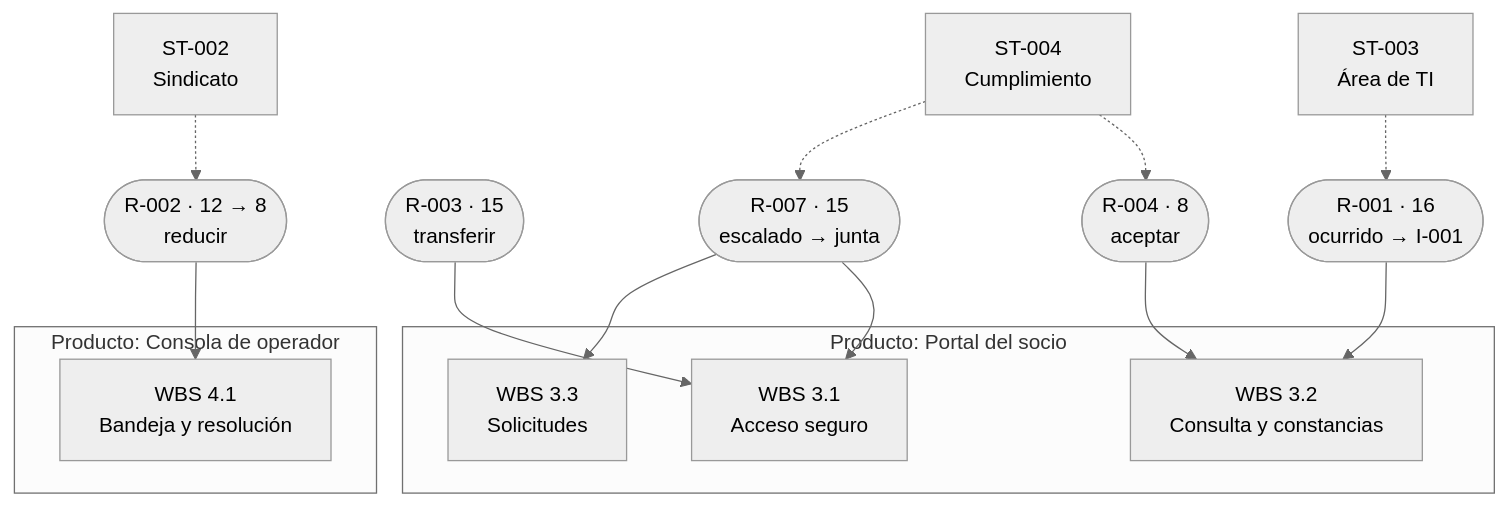
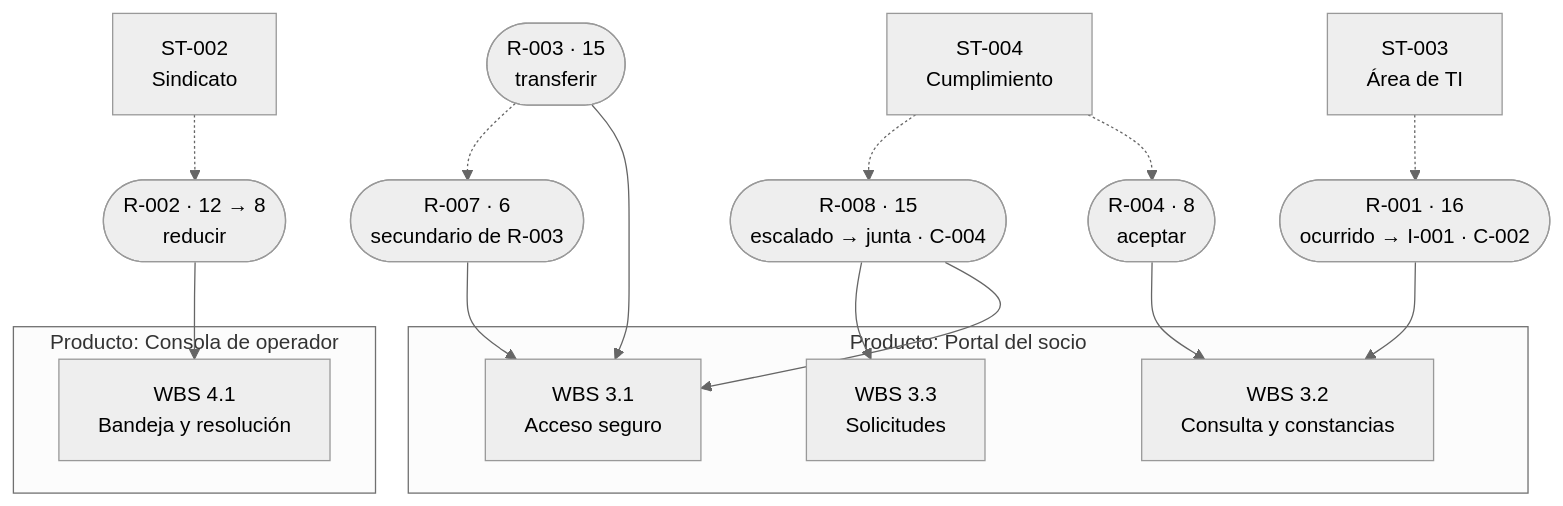
The fourth of 4 diagrams in docs/guias/E2E-1-riesgos.md (Arturo-Penas-Rial/pm-method), drawn with Mermaid (neutral theme) before and after one commit. The commit also changed other lines of this file and 144 other files, not shown here.

````diff
--- a/docs/guias/E2E-1-riesgos.md
+++ b/docs/guias/E2E-1-riesgos.md
@@ -375,21 +610,23 @@
 ```mermaid
 flowchart TB
     subgraph P1["Producto: Portal del socio"]
         w31["WBS 3.1<br/>Acceso seguro"]
         w32["WBS 3.2<br/>Consulta y constancias"]
         w33["WBS 3.3<br/>Solicitudes"]
     end
     subgraph P2["Producto: Consola de operador"]
         w41["WBS 4.1<br/>Bandeja y resolución"]
     end
-    r1(["R-001 · 16<br/>ocurrido → I-001"]) --> w32
+    r1(["R-001 · 16<br/>ocurrido → I-001 · C-002"]) --> w32
     r3(["R-003 · 15<br/>transferir"]) --> w31
-    r7(["R-007 · 15<br/>escalado → junta"]) --> w31
-    r7 --> w33
+    r7(["R-007 · 6<br/>secundario de R-003"]) --> w31
+    r3 -.-> r7
+    r8(["R-008 · 15<br/>escalado → junta · C-004"]) --> w31
+    r8 --> w33
     r4(["R-004 · 8<br/>aceptar"]) --> w32
     r2(["R-002 · 12 → 8<br/>reducir"]) --> w41
     st3["ST-003<br/>Área de TI"] -.-> r1
     st2["ST-002<br/>Sindicato"] -.-> r2
     st4["ST-004<br/>Cumplimiento"] -.-> r4
-    st4 -.-> r7
+    st4 -.-> r8
 ```
````
